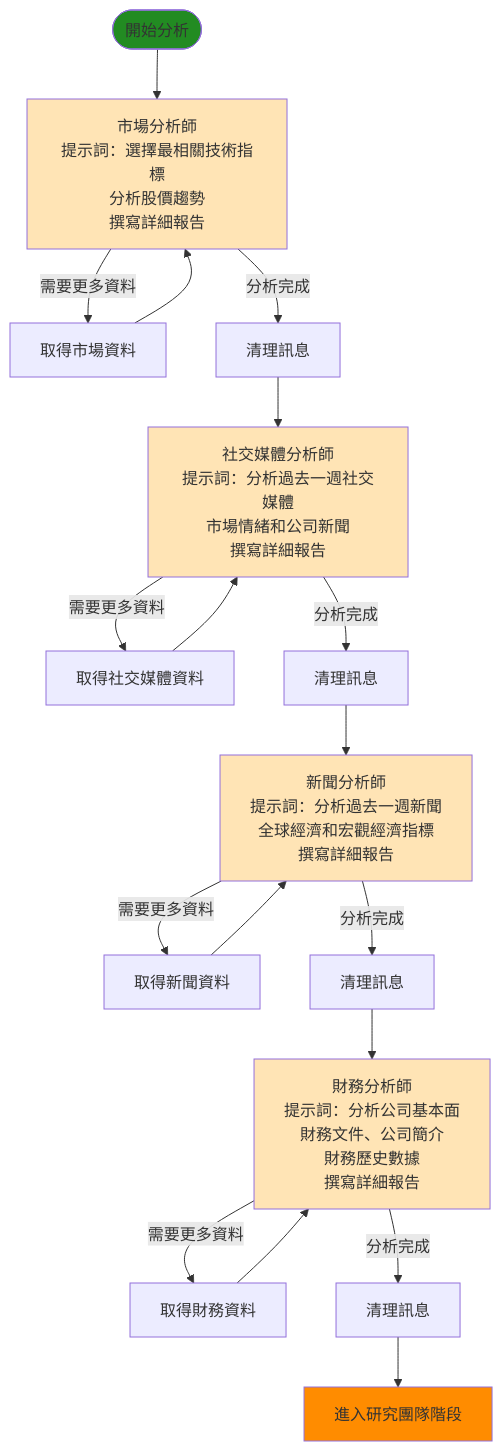
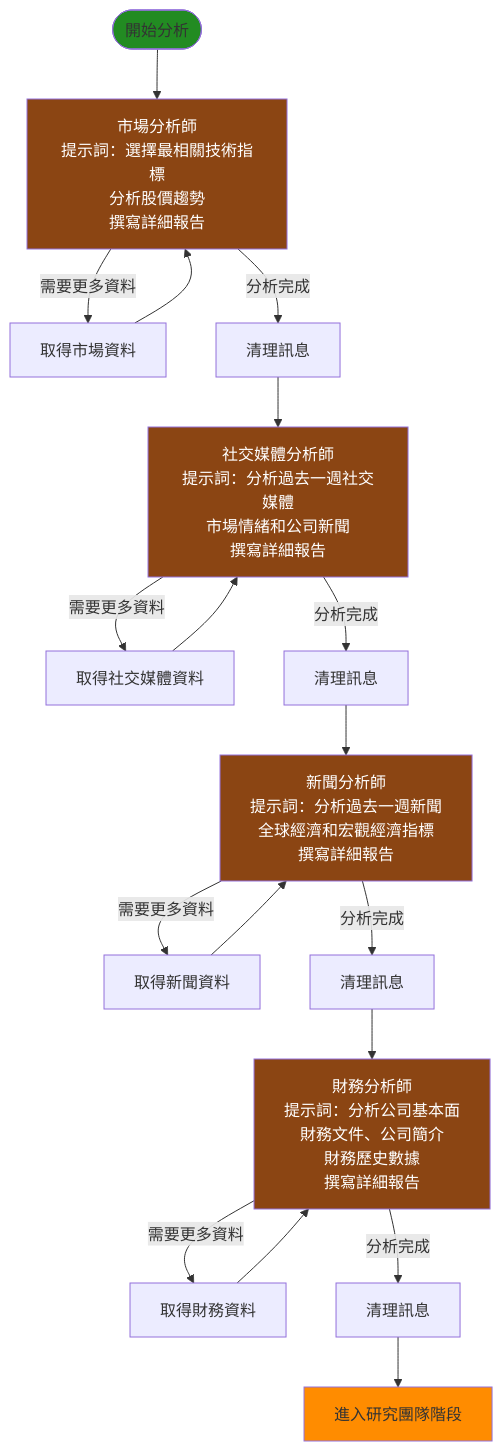
One commit to chitienshih-wq/Git_Test changed the third of 9 diagrams in 流程圖_簡化.md. Above: the diagram before and after it, drawn with Mermaid. The commit also changed other lines of this file, not shown here.

````diff
--- a/流程圖_簡化.md
+++ b/流程圖_簡化.md
@@ -66,35 +66,35 @@
 ```mermaid
 flowchart TD
     Start([開始分析]) --> MarketAnalyst[市場分析師<br/>提示詞：選擇最相關技術指標<br/>分析股價趨勢<br/>撰寫詳細報告]
     
     MarketAnalyst -->|需要更多資料| GetMarketData[取得市場資料]
     MarketAnalyst -->|分析完成| ClearMarket[清理訊息]
     GetMarketData --> MarketAnalyst
     
     ClearMarket --> SocialAnalyst[社交媒體分析師<br/>提示詞：分析過去一週社交媒體<br/>市場情緒和公司新聞<br/>撰寫詳細報告]
     
     SocialAnalyst -->|需要更多資料| GetSocialData[取得社交媒體資料]
     SocialAnalyst -->|分析完成| ClearSocial[清理訊息]
     GetSocialData --> SocialAnalyst
     
     ClearSocial --> NewsAnalyst[新聞分析師<br/>提示詞：分析過去一週新聞<br/>全球經濟和宏觀經濟指標<br/>撰寫詳細報告]
     
     NewsAnalyst -->|需要更多資料| GetNewsData[取得新聞資料]
     NewsAnalyst -->|分析完成| ClearNews[清理訊息]
     GetNewsData --> NewsAnalyst
     
     ClearNews --> FundAnalyst[財務分析師<br/>提示詞：分析公司基本面<br/>財務文件、公司簡介<br/>財務歷史數據<br/>撰寫詳細報告]
     
     FundAnalyst -->|需要更多資料| GetFundData[取得財務資料]
     FundAnalyst -->|分析完成| ClearFund[清理訊息]
     GetFundData --> FundAnalyst
     
     ClearFund --> ResearchTeam[進入研究團隊階段]
     
     style Start fill:#228B22
     style ResearchTeam fill:#FF8C00
-    style MarketAnalyst fill:#FFE4B5
-    style SocialAnalyst fill:#FFE4B5
-    style NewsAnalyst fill:#FFE4B5
-    style FundAnalyst fill:#FFE4B5
+    style MarketAnalyst fill:#8B4513,color:#FFFFFF
+    style SocialAnalyst fill:#8B4513,color:#FFFFFF
+    style NewsAnalyst fill:#8B4513,color:#FFFFFF
+    style FundAnalyst fill:#8B4513,color:#FFFFFF
 ```
````
